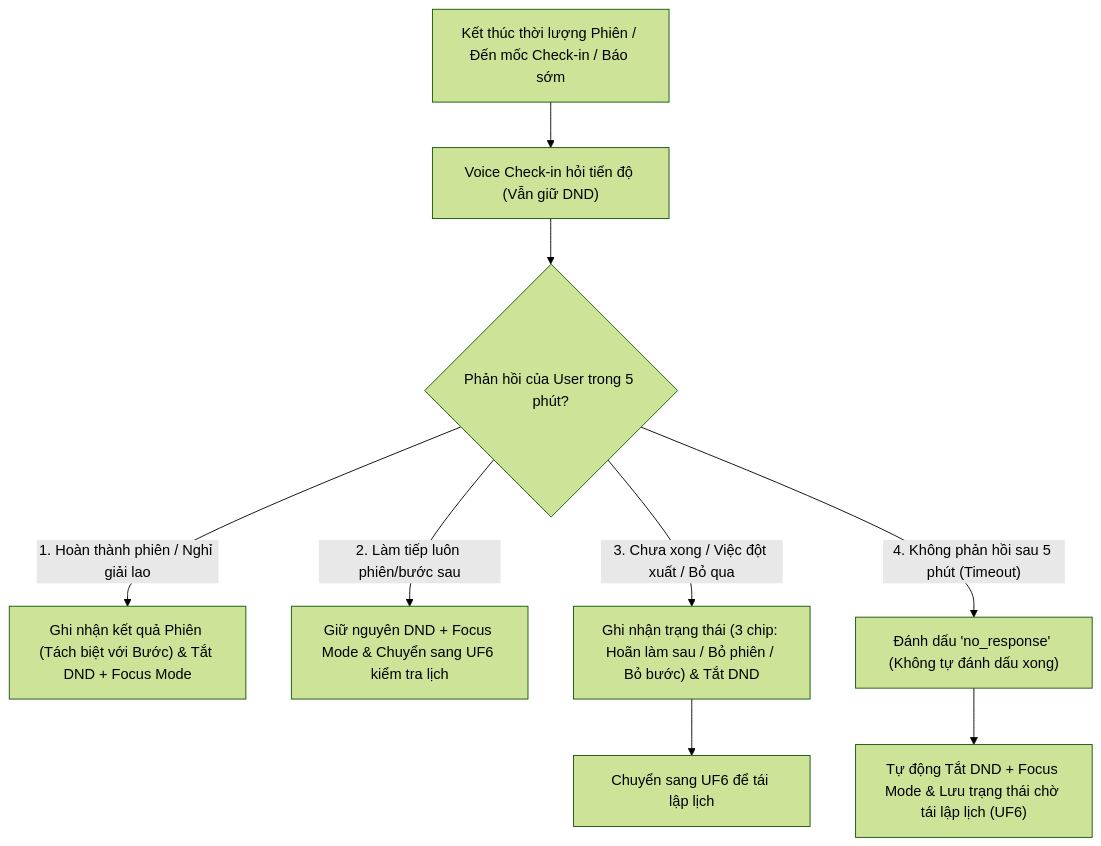
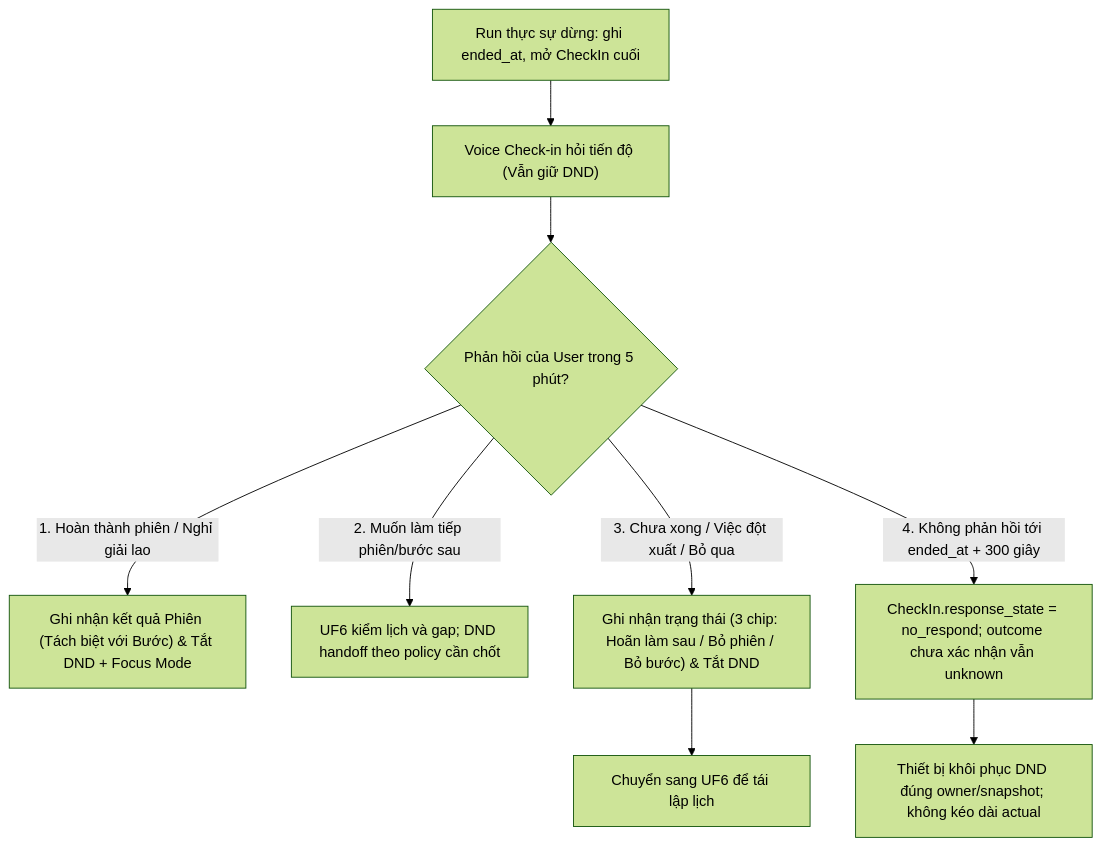
The fifth of 6 diagrams in Project.md (hmintrun/virtual-assistant-for-ADHD), drawn with Mermaid (forest theme) before and after one commit. The commit also changed other lines of this file and 3 other files, not shown here.

````diff
--- a/Project.md
+++ b/Project.md
@@ -370,11 +405,11 @@
 ```mermaid
 flowchart TD
-    A["Kết thúc thời lượng Phiên / Đến mốc Check-in / Báo sớm"] --> B["Voice Check-in hỏi tiến độ (Vẫn giữ DND)"]
+    A["Run thực sự dừng: ghi ended_at, mở CheckIn cuối"] --> B["Voice Check-in hỏi tiến độ (Vẫn giữ DND)"]
     B --> C{"Phản hồi của User trong 5 phút?"}
     C -->|"1. Hoàn thành phiên / Nghỉ giải lao"| D["Ghi nhận kết quả Phiên (Tách biệt với Bước) & Tắt DND + Focus Mode"]
-    C -->|"2. Làm tiếp luôn phiên/bước sau"| E["Giữ nguyên DND + Focus Mode & Chuyển sang UF6 kiểm tra lịch"]
+    C -->|"2. Muốn làm tiếp phiên/bước sau"| E["UF6 kiểm lịch và gap; DND handoff theo policy cần chốt"]
     C -->|"3. Chưa xong / Việc đột xuất / Bỏ qua"| F["Ghi nhận trạng thái (3 chip: Hoãn làm sau / Bỏ phiên / Bỏ bước) & Tắt DND"]
     F --> G["Chuyển sang UF6 để tái lập lịch"]
-    C -->|"4. Không phản hồi sau 5 phút (Timeout)"| H["Đánh dấu 'no_response' (Không tự đánh dấu xong)"]
-    H --> I["Tự động Tắt DND + Focus Mode & Lưu trạng thái chờ tái lập lịch (UF6)"]
+    C -->|"4. Không phản hồi tới ended_at + 300 giây"| H["CheckIn.response_state = no_respond; outcome chưa xác nhận vẫn unknown"]
+    H --> I["Thiết bị khôi phục DND đúng owner/snapshot; không kéo dài actual"]
 ```
````
